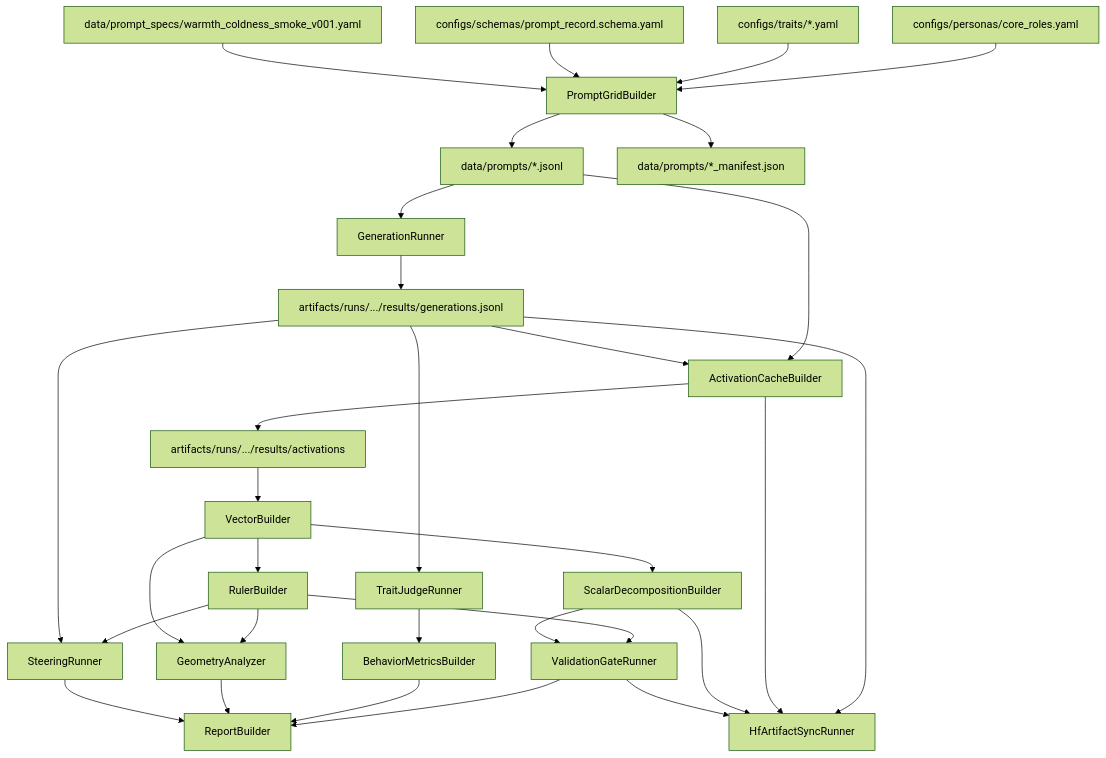
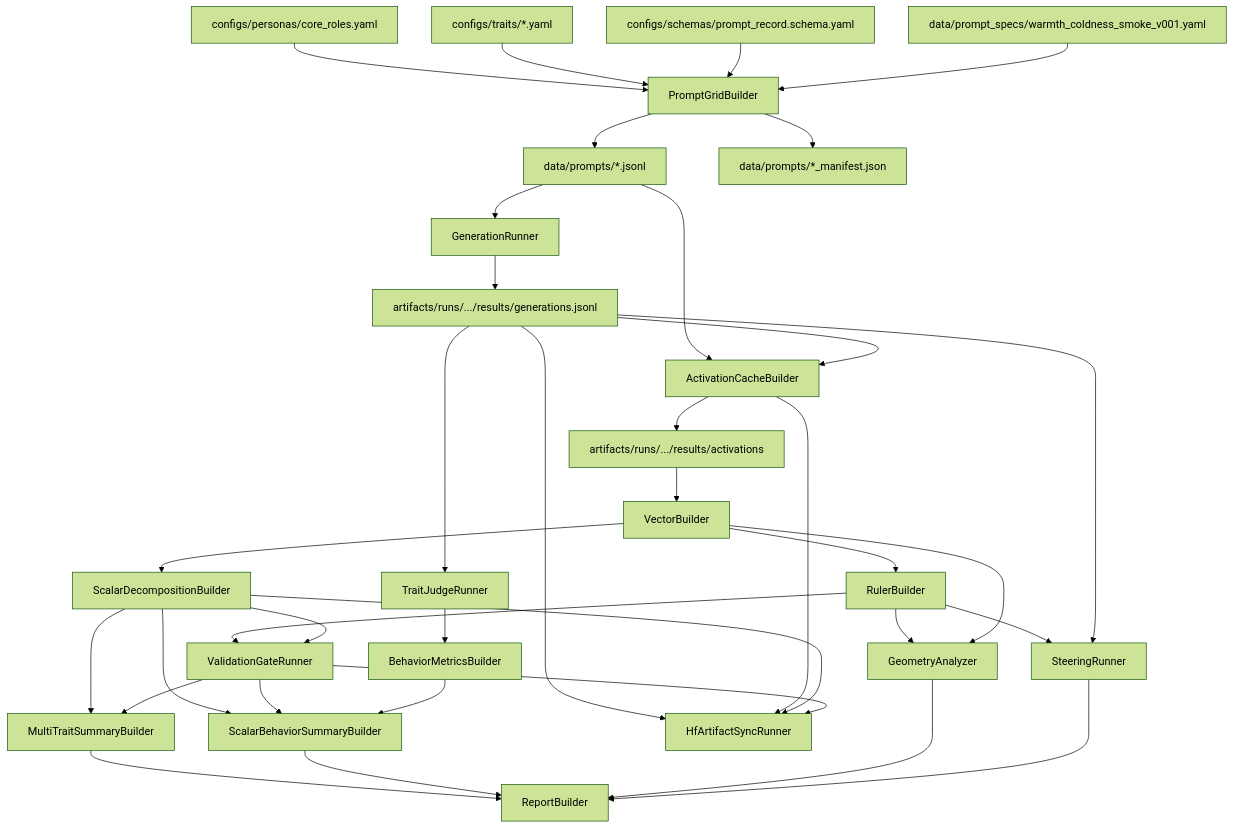
The diagram in docs/design/project_tracker.md (mahadikprasad15/trait-geometry-across-personas), drawn with Mermaid (forest theme) before and after one commit. The commit also changed other lines of this file and 22 other files, not shown here.

````diff
--- a/docs/design/project_tracker.md
+++ b/docs/design/project_tracker.md
@@ -70,33 +71,38 @@
 ```mermaid
 flowchart TD
   A["configs/personas/core_roles.yaml"] --> E["PromptGridBuilder"]
   B["configs/traits/*.yaml"] --> E
   C["configs/schemas/prompt_record.schema.yaml"] --> E
   D["data/prompt_specs/warmth_coldness_smoke_v001.yaml"] --> E
   E --> F["data/prompts/*.jsonl"]
   E --> G["data/prompts/*_manifest.json"]
   F --> H["GenerationRunner"]
   H --> I["artifacts/runs/.../results/generations.jsonl"]
   F --> J["ActivationCacheBuilder"]
   I --> J
   J --> K["artifacts/runs/.../results/activations"]
   K --> L["VectorBuilder"]
   L --> M["RulerBuilder"]
   L --> N["ScalarDecompositionBuilder"]
   M --> O["ValidationGateRunner"]
   N --> O
+  N --> V["MultiTraitSummaryBuilder"]
+  O --> V
   I --> P["TraitJudgeRunner"]
   P --> Q["BehaviorMetricsBuilder"]
+  N --> W["ScalarBehaviorSummaryBuilder"]
+  O --> W
+  Q --> W
   M --> R["GeometryAnalyzer"]
   L --> R
   M --> S["SteeringRunner"]
   I --> S
-  O --> T["ReportBuilder"]
-  Q --> T
+  V --> T["ReportBuilder"]
+  W --> T
   R --> T
   S --> T
   I --> U["HfArtifactSyncRunner"]
   J --> U
   N --> U
   O --> U
 ```
````
